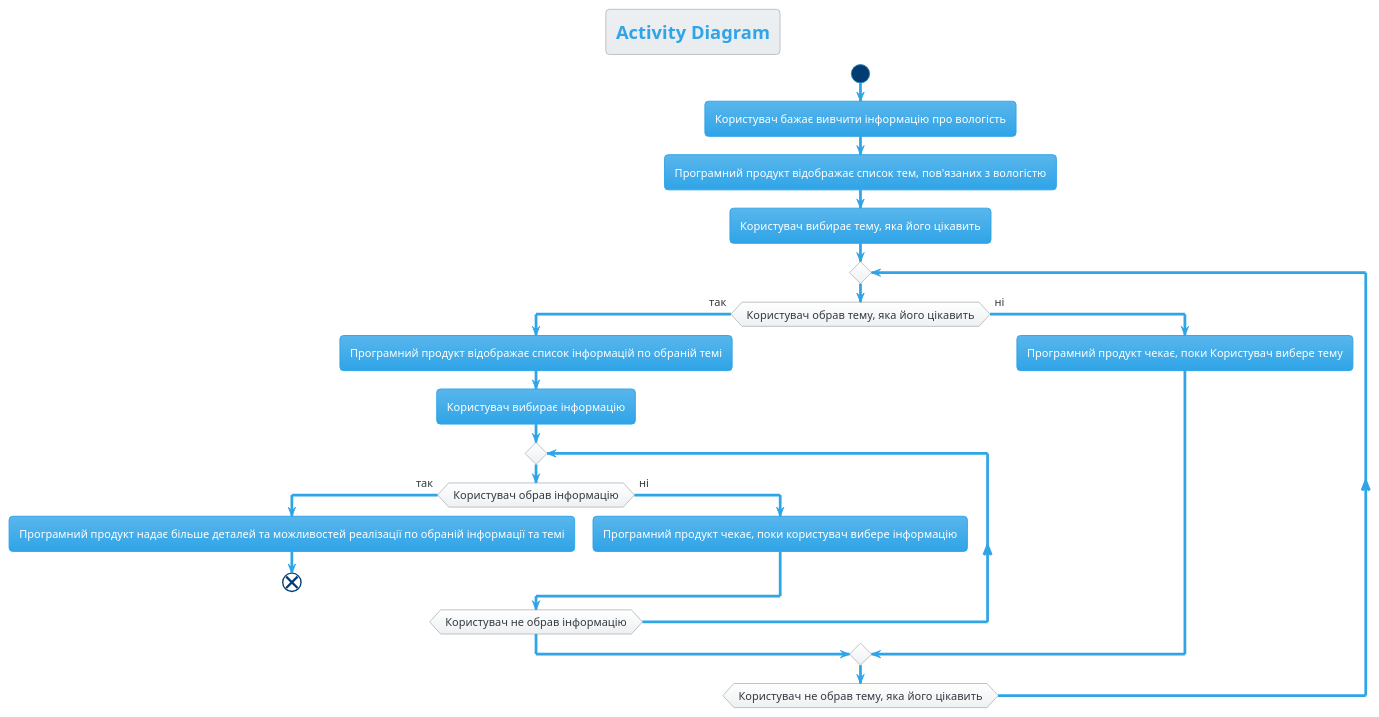
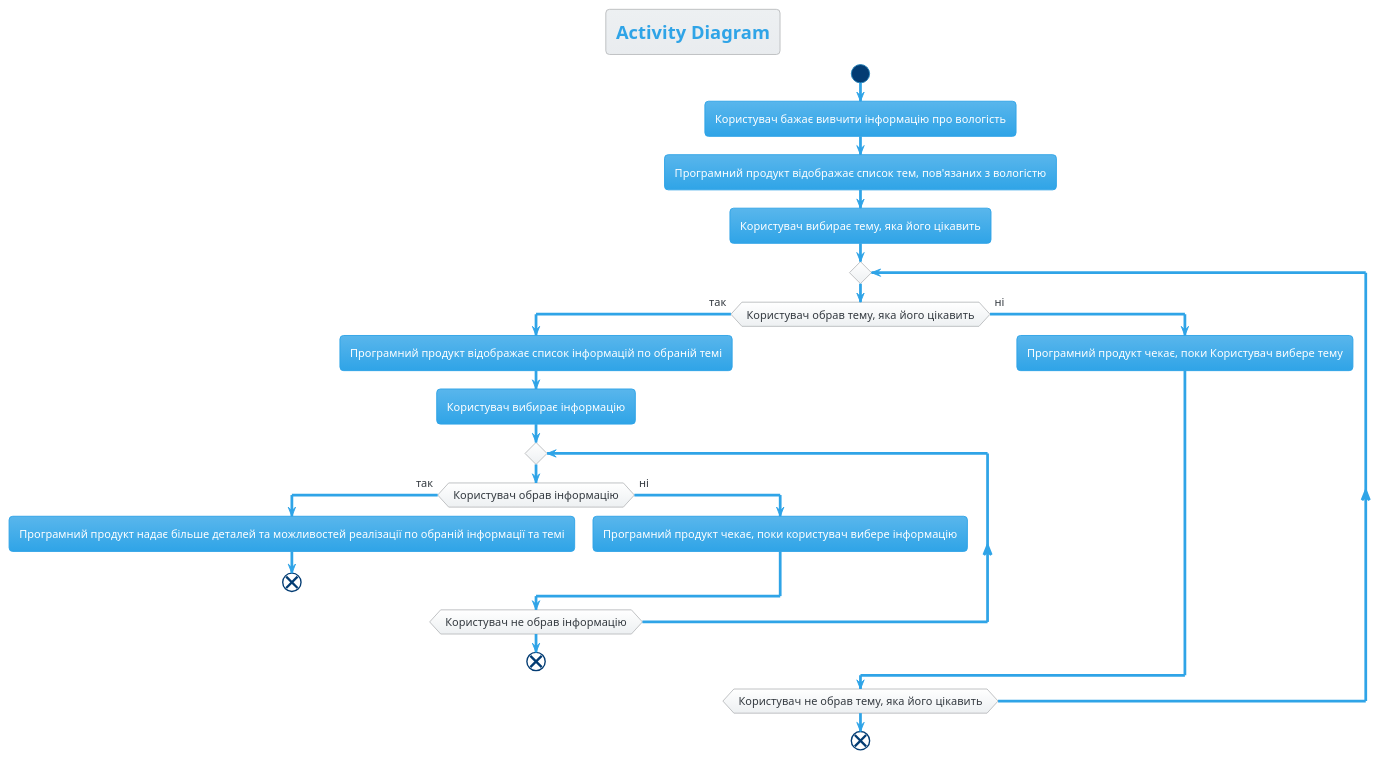
Before and after one commit to oleksandrblazhko/ai-212-majorova: the diagram in 2-SoftwareDesign/2.7-PlantUML/UML-Activity.puml, drawn with PlantUML.

```diff
--- a/2-SoftwareDesign/2.7-PlantUML/UML-Activity.puml
+++ b/2-SoftwareDesign/2.7-PlantUML/UML-Activity.puml
@@ -1,26 +1,28 @@
 @startuml
 !theme cerulean
 
 title Activity Diagram
 
 start
 :Користувач бажає вивчити інформацію про вологість;
 :Програмний продукт відображає список тем, пов'язаних з вологістю;
 :Користувач вибирає тему, яка його цікавить;
 repeat
   if (Користувач обрав тему, яка його цікавить) then (так)
     :Програмний продукт відображає список інформацій по обраній темі;
     :Користувач вибирає інформацію;
     repeat
       if (Користувач обрав інформацію) then (так)
         :Програмний продукт надає більше деталей та можливостей реалізації по обраній інформації та темі;
       end
       else (ні)
         :Програмний продукт чекає, поки користувач вибере інформацію;
       endif
     repeat while (Користувач не обрав інформацію)
+    end
   else (ні)
   :Програмний продукт чекає, поки Користувач вибере тему;
   endif
 repeat while (Користувач не обрав тему, яка його цікавить)
+end
 @enduml
```
